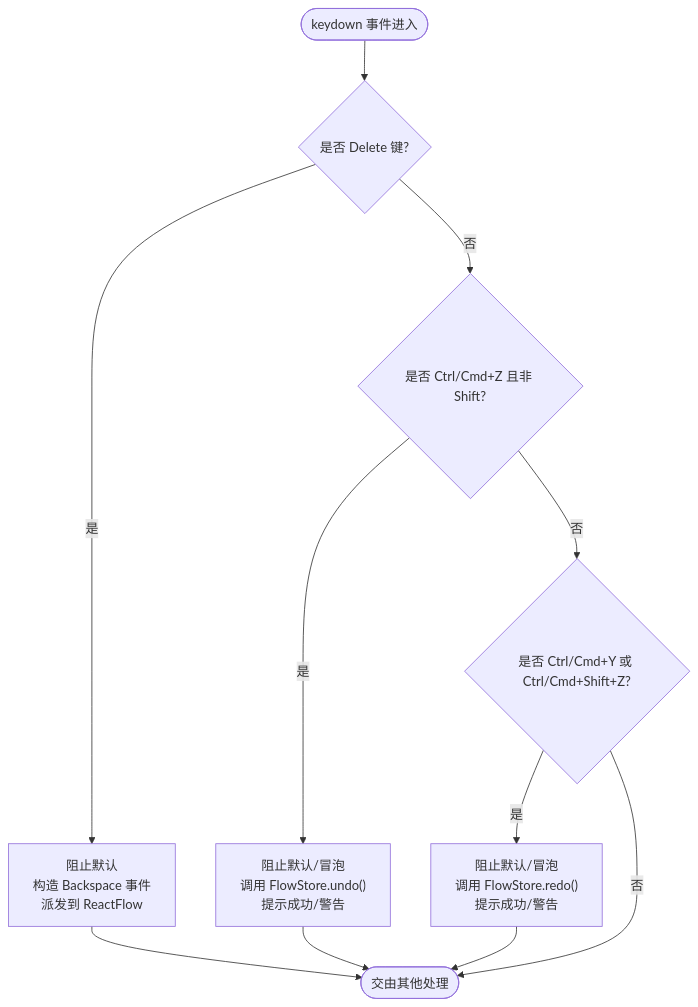
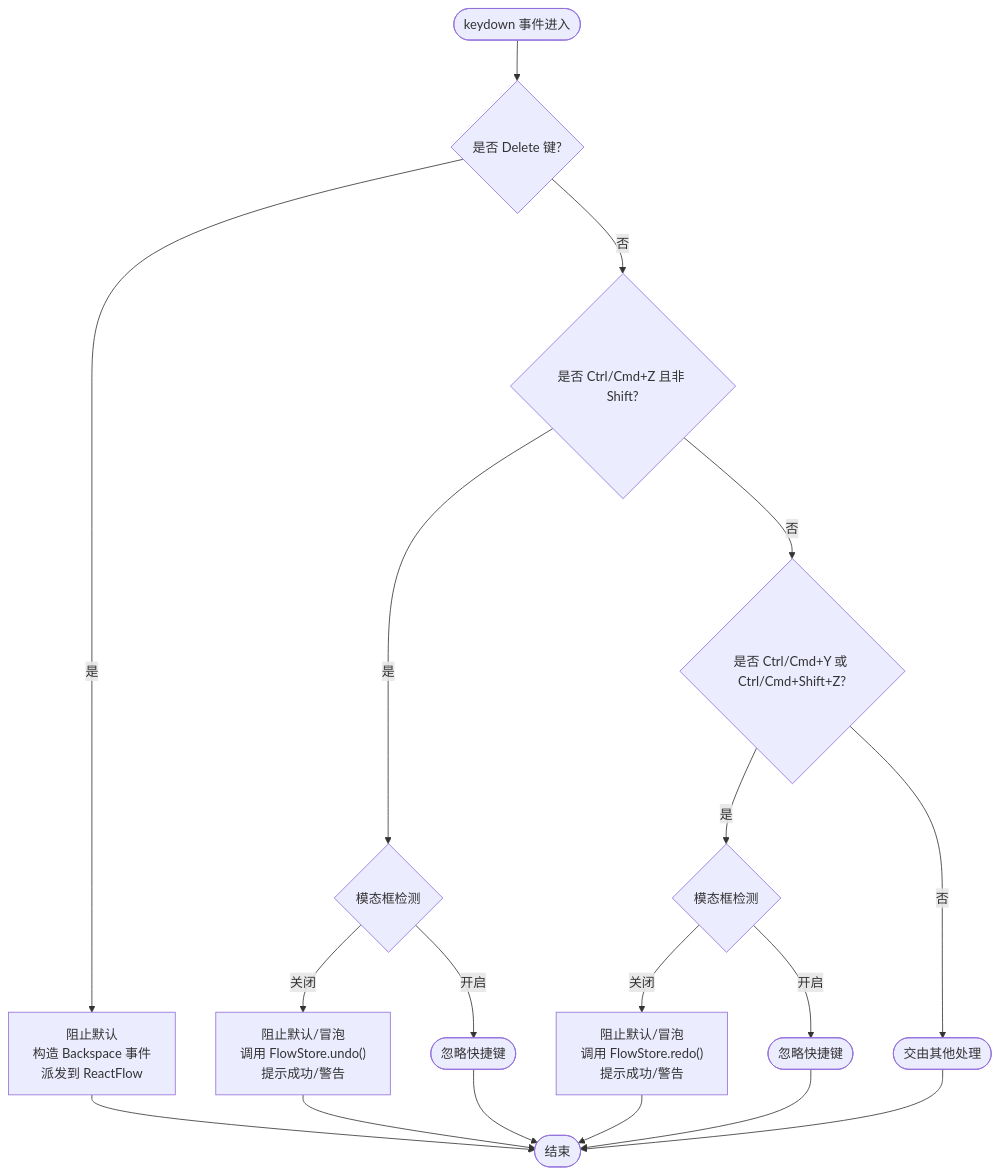
The third of 6 diagrams in .qoder/repowiki/zh/content/用户界面/快捷键与导航.md (kqcoxn/MaaPipelineEditor), drawn with Mermaid before and after one commit. The commit also changed other lines of this file and 16 other files, not shown here.

````diff
--- a/.qoder/repowiki/zh/content/用户界面/快捷键与导航.md
+++ b/.qoder/repowiki/zh/content/用户界面/快捷键与导航.md
@@ -164,13 +186,20 @@
 ```mermaid
 flowchart TD
 Start(["keydown 事件进入"]) --> CheckDel{"是否 Delete 键?"}
 CheckDel --> |是| Redirect["阻止默认<br/>构造 Backspace 事件<br/>派发到 ReactFlow"]
 CheckDel --> |否| CheckUndo{"是否 Ctrl/Cmd+Z 且非 Shift?"}
-CheckUndo --> |是| Undo["阻止默认/冒泡<br/>调用 FlowStore.undo()<br/>提示成功/警告"]
+CheckUndo --> |是| CheckModal1{"模态框检测"}
+CheckModal1 --> |关闭| Undo["阻止默认/冒泡<br/>调用 FlowStore.undo()<br/>提示成功/警告"]
+CheckModal1 --> |开启| End1(["忽略快捷键"])
 CheckUndo --> |否| CheckRedo{"是否 Ctrl/Cmd+Y 或 Ctrl/Cmd+Shift+Z?"}
-CheckRedo --> |是| Redo["阻止默认/冒泡<br/>调用 FlowStore.redo()<br/>提示成功/警告"]
-CheckRedo --> |否| End(["交由其他处理"])
-Redirect --> End
-Undo --> End
-Redo --> End
+CheckRedo --> |是| CheckModal2{"模态框检测"}
+CheckModal2 --> |关闭| Redo["阻止默认/冒泡<br/>调用 FlowStore.redo()<br/>提示成功/警告"]
+CheckModal2 --> |开启| End2(["忽略快捷键"])
+CheckRedo --> |否| End3(["交由其他处理"])
+Redirect --> End4(["结束"])
+Undo --> End4
+Redo --> End4
+End1 --> End4
+End2 --> End4
+End3 --> End4
 ```
````
